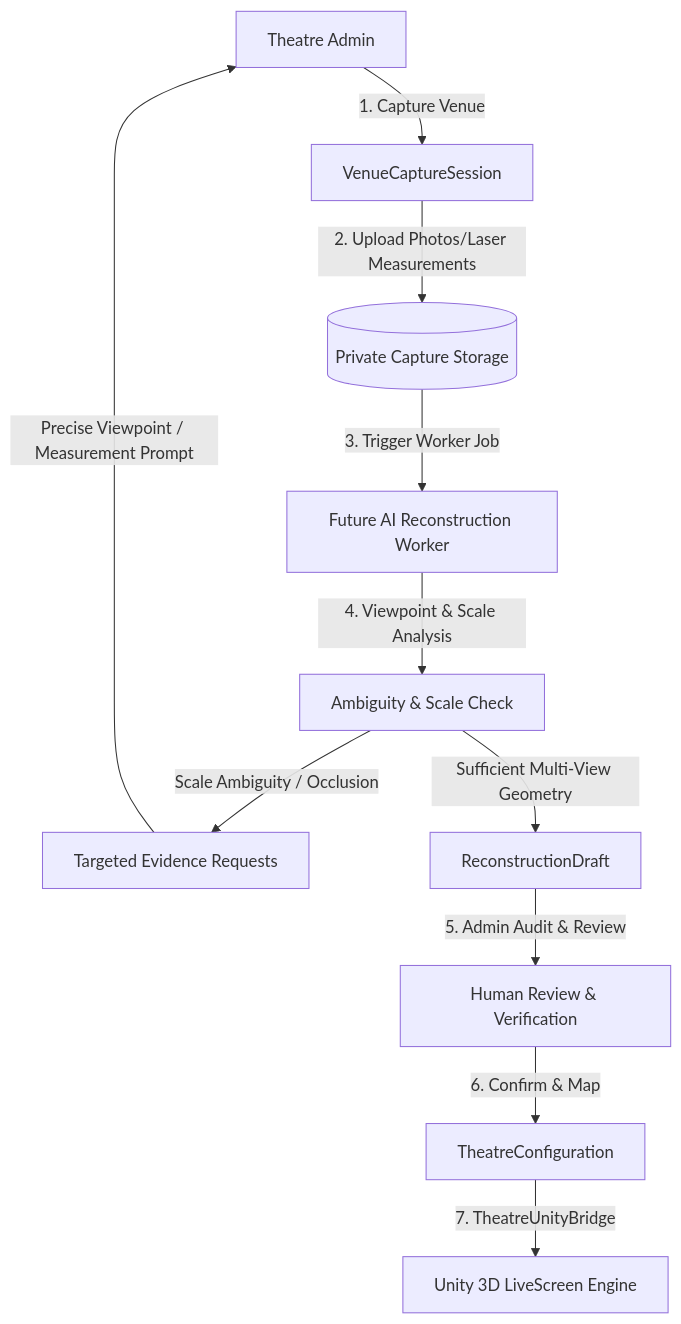
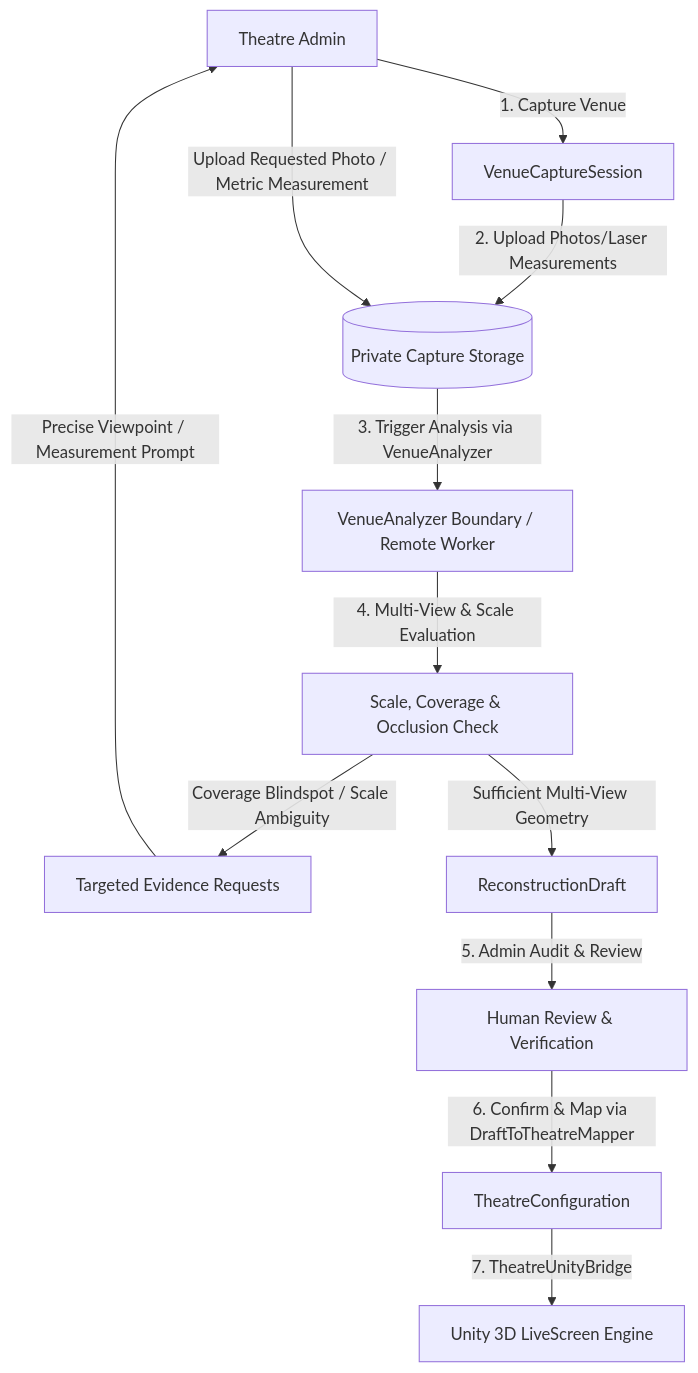
Before and after one commit to mithileashvs/LiveScreen: the first of 4 diagrams in docs/ai_venue_capture.md, drawn with Mermaid. The commit also changed other lines of this file and 54 other files, not shown here.

````diff
--- a/docs/ai_venue_capture.md
+++ b/docs/ai_venue_capture.md
@@ -14,13 +14,14 @@
 ```mermaid
 flowchart TD
     Admin[Theatre Admin] -->|1. Capture Venue| CaptureSession[VenueCaptureSession]
     CaptureSession -->|2. Upload Photos/Laser Measurements| EvidenceStorage[(Private Capture Storage)]
-    EvidenceStorage -->|3. Trigger Worker Job| AIWorker[Future AI Reconstruction Worker]
-    AIWorker -->|4. Viewpoint & Scale Analysis| Analysis[Ambiguity & Scale Check]
-    Analysis -->|Scale Ambiguity / Occlusion| Requests[Targeted Evidence Requests]
+    EvidenceStorage -->|3. Trigger Analysis via VenueAnalyzer| AIWorker[VenueAnalyzer Boundary / Remote Worker]
+    AIWorker -->|4. Multi-View & Scale Evaluation| Analysis[Scale, Coverage & Occlusion Check]
+    Analysis -->|Coverage Blindspot / Scale Ambiguity| Requests[Targeted Evidence Requests]
     Requests -->|Precise Viewpoint / Measurement Prompt| Admin
+    Admin -->|Upload Requested Photo / Metric Measurement| EvidenceStorage
     Analysis -->|Sufficient Multi-View Geometry| Draft[ReconstructionDraft]
     Draft -->|5. Admin Audit & Review| Review[Human Review & Verification]
-    Review -->|6. Confirm & Map| LiveConfig[TheatreConfiguration]
+    Review -->|6. Confirm & Map via DraftToTheatreMapper| LiveConfig[TheatreConfiguration]
     LiveConfig -->|7. TheatreUnityBridge| UnityEngine[Unity 3D LiveScreen Engine]
 ```
````
